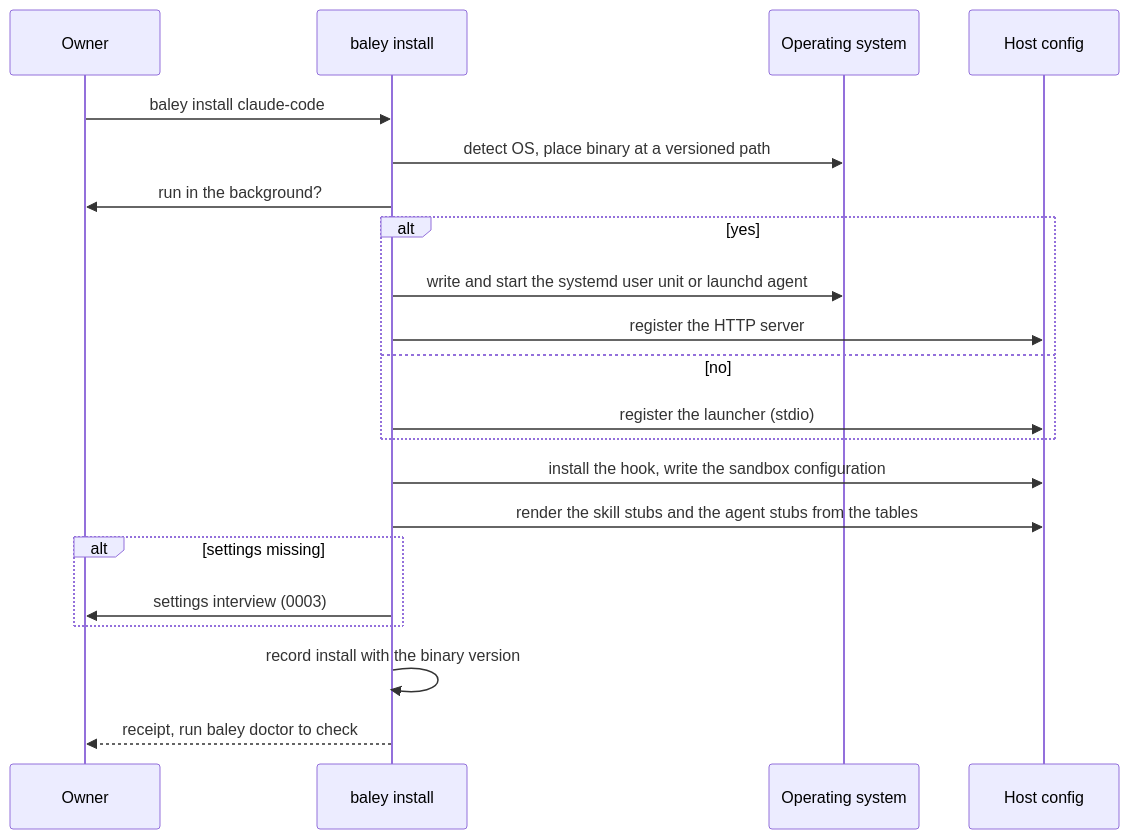
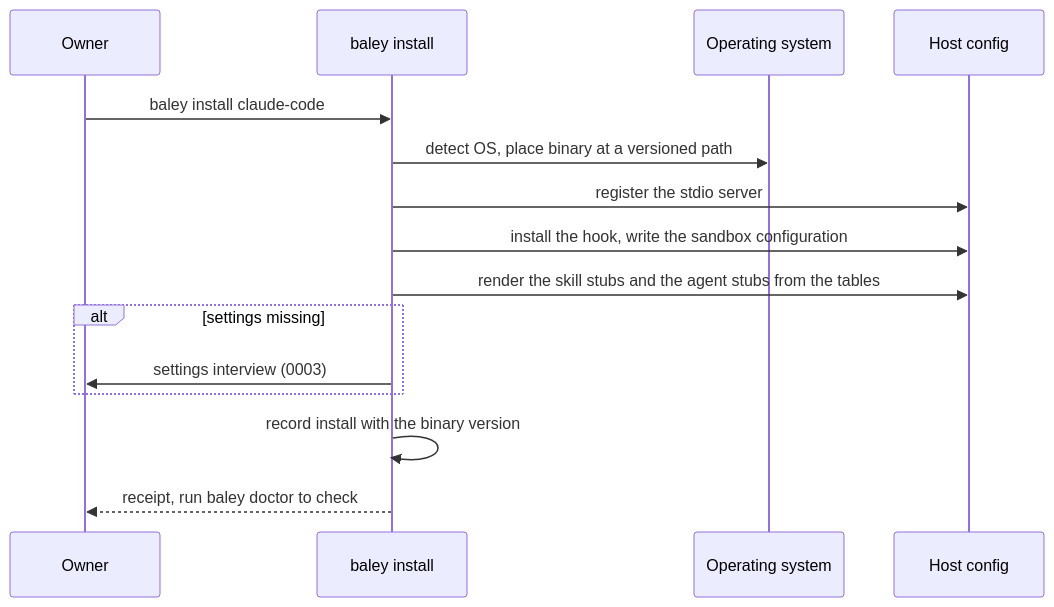
The sixth of 6 diagrams in docs/design/0012-host-interface.md (crenshawdev/baley), drawn with Mermaid before and after one commit. The commit also changed other lines of this file, not shown here.

First line of the commit message:
docs(design): show the session's server in the host interface's records, figures and build status

````diff
--- a/docs/design/0012-host-interface.md
+++ b/docs/design/0012-host-interface.md
@@ -267,23 +254,17 @@
 ```mermaid
 sequenceDiagram
   participant O as Owner
   participant B as baley install
   participant OS as Operating system
   participant HC as Host config
   O->>B: baley install claude-code
   B->>OS: detect OS, place binary at a versioned path
-  B->>O: run in the background?
-  alt yes
-    B->>OS: write and start the systemd user unit or launchd agent
-    B->>HC: register the HTTP server
-  else no
-    B->>HC: register the launcher (stdio)
-  end
+  B->>HC: register the stdio server
   B->>HC: install the hook, write the sandbox configuration
   B->>HC: render the skill stubs and the agent stubs from the tables
   alt settings missing
     B->>O: settings interview (0003)
   end
   B->>B: record install with the binary version
   B-->>O: receipt, run baley doctor to check
 ```
````
